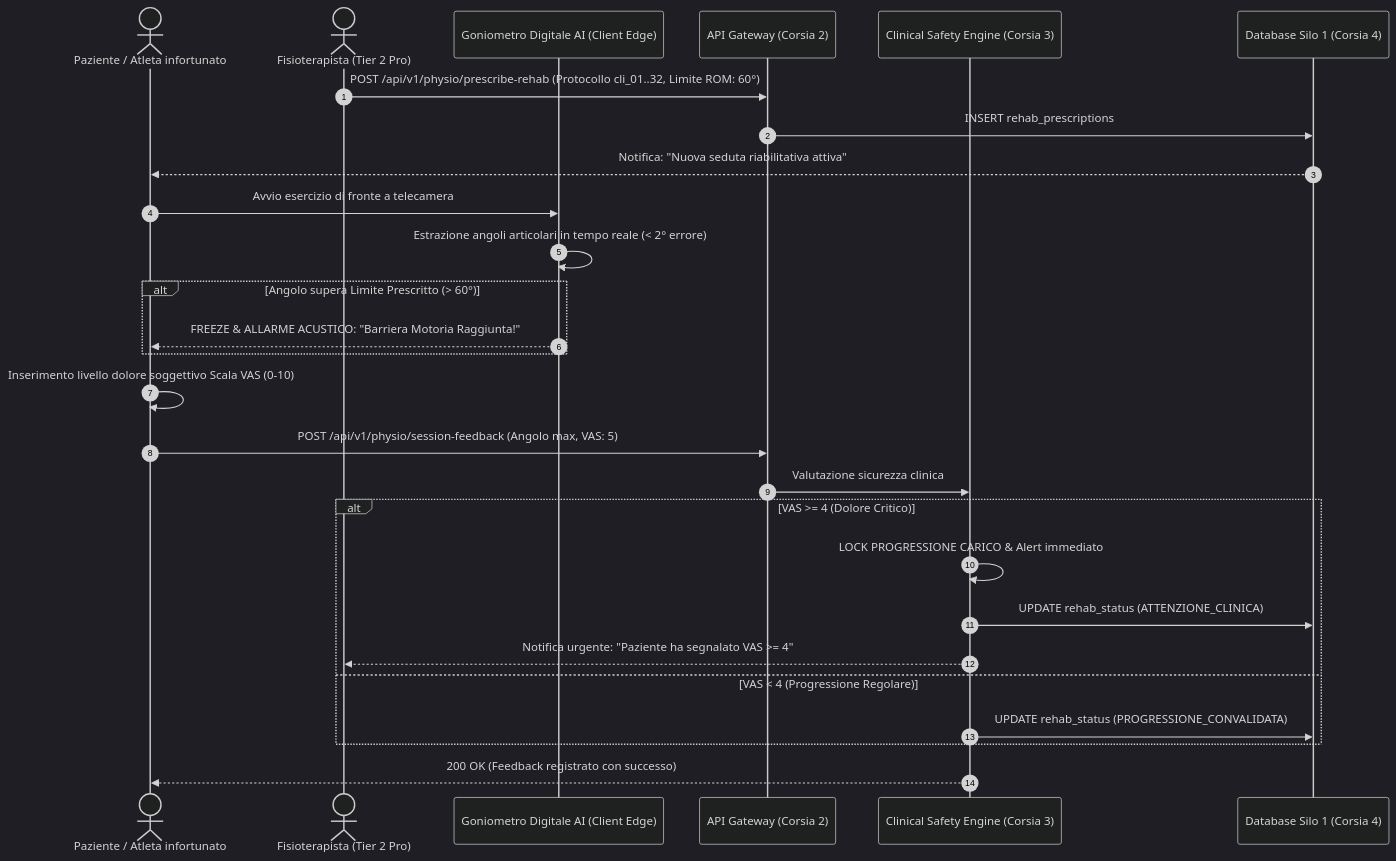
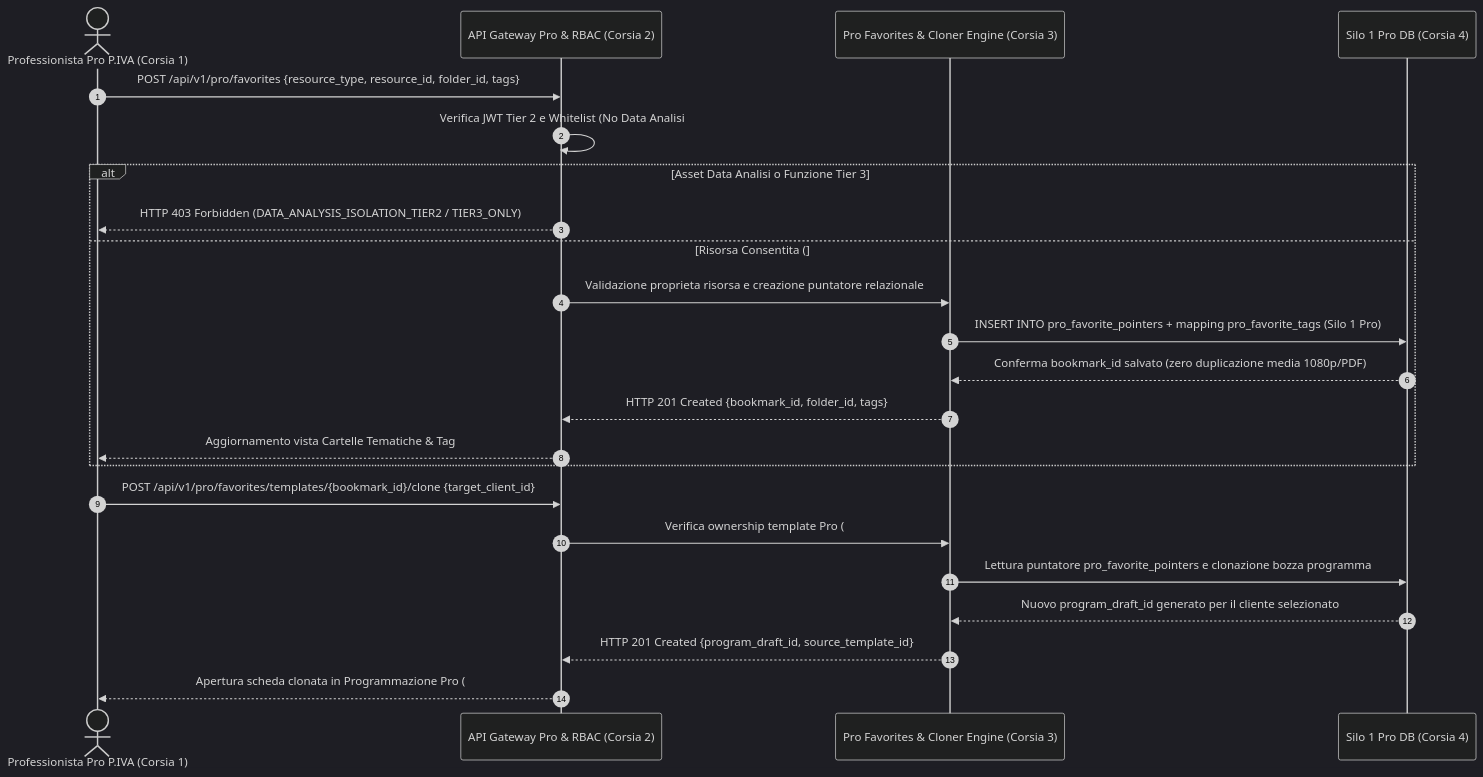
One commit to sportscience2025-star/Sports-Analytics-Platform---T7-Workout-APP changed the diagram in architecture-blueprint/00-capitolato-tecnico-e-glossario/12-software-2-flow-6b-physio-rehab-rom.md. Above: the diagram before and after it, drawn with Mermaid (dark theme). The commit also changed other lines of this file and 34 other files, not shown here.

Commit message:
feat(favorites): reorganize Colonna 6 Preferiti (#06, #12, #18), Miro live deploy, and red-team cleanup

````diff
--- a/architecture-blueprint/00-capitolato-tecnico-e-glossario/12-software-2-flow-6b-physio-rehab-rom.md
+++ b/architecture-blueprint/00-capitolato-tecnico-e-glossario/12-software-2-flow-6b-physio-rehab-rom.md
@@ -49,32 +64,27 @@
 ```mermaid
 sequenceDiagram
     autonumber
-    actor Paziente as Paziente / Atleta infortunato
-    actor Fisio as Fisioterapista (Tier 2 Pro)
-    participant CV as Goniometro Digitale AI (Client Edge)
-    participant GW as API Gateway (Corsia 2)
-    participant CLINIC as Clinical Safety Engine (Corsia 3)
-    participant DB as Database Silo 1 (Corsia 4)
+    actor Coach as Professionista Pro P.IVA (Corsia 1)
+    participant GW as API Gateway Pro & RBAC (Corsia 2)
+    participant SRV as Pro Favorites & Cloner Engine (Corsia 3)
+    participant DB as Silo 1 Pro DB (Corsia 4)
 
-    Fisio->>GW: POST /api/v1/physio/prescribe-rehab (Protocollo cli_01..32, Limite ROM: 60°)
-    GW->>DB: INSERT rehab_prescriptions
-    DB-->>Paziente: Notifica: "Nuova seduta riabilitativa attiva"
-
-    Paziente->>CV: Avvio esercizio di fronte a telecamera
-    CV->>CV: Estrazione angoli articolari in tempo reale (< 2° errore)
-    alt Angolo supera Limite Prescritto (> 60°)
-        CV-->>Paziente: FREEZE & ALLARME ACUSTICO: "Barriera Motoria Raggiunta!"
+    Coach->>GW: POST /api/v1/pro/favorites {resource_type, resource_id, folder_id, tags}
+    GW->>GW: Verifica JWT Tier 2 e Whitelist (No Data Analisi #10, No AI/RAG, No Team Share)
+    alt Asset Data Analisi o Funzione Tier 3
+        GW-->>Coach: HTTP 403 Forbidden (DATA_ANALYSIS_ISOLATION_TIER2 / TIER3_ONLY)
+    else Risorsa Consentita (#08, #09, #11)
+        GW->>SRV: Validazione proprieta risorsa e creazione puntatore relazionale
+        SRV->>DB: INSERT INTO pro_favorite_pointers + mapping pro_favorite_tags (Silo 1 Pro)
+        DB-->>SRV: Conferma bookmark_id salvato (zero duplicazione media 1080p/PDF)
+        SRV-->>GW: HTTP 201 Created {bookmark_id, folder_id, tags}
+        GW-->>Coach: Aggiornamento vista Cartelle Tematiche & Tag
     end
 
-    Paziente->>Paziente: Inserimento livello dolore soggettivo Scala VAS (0-10)
-    Paziente->>GW: POST /api/v1/physio/session-feedback (Angolo max, VAS: 5)
-    GW->>CLINIC: Valutazione sicurezza clinica
-    alt VAS >= 4 (Dolore Critico)
-        CLINIC->>CLINIC: LOCK PROGRESSIONE CARICO & Alert immediato
-        CLINIC->>DB: UPDATE rehab_status (ATTENZIONE_CLINICA)
-        CLINIC-->>Fisio: Notifica urgente: "Paziente ha segnalato VAS >= 4"
-    else VAS < 4 (Progressione Regolare)
-        CLINIC->>DB: UPDATE rehab_status (PROGRESSIONE_CONVALIDATA)
-    end
-    CLINIC-->>Paziente: 200 OK (Feedback registrato con successo)
+    Coach->>GW: POST /api/v1/pro/favorites/templates/{bookmark_id}/clone {target_client_id}
+    GW->>SRV: Verifica ownership template Pro (#09) e vincolo cliente singolo 1:1
+    SRV->>DB: Lettura puntatore pro_favorite_pointers e clonazione bozza programma #09
+    DB-->>SRV: Nuovo program_draft_id generato per il cliente selezionato
+    SRV-->>GW: HTTP 201 Created {program_draft_id, source_template_id}
+    GW-->>Coach: Apertura scheda clonata in Programmazione Pro (#09)
 ```
````
